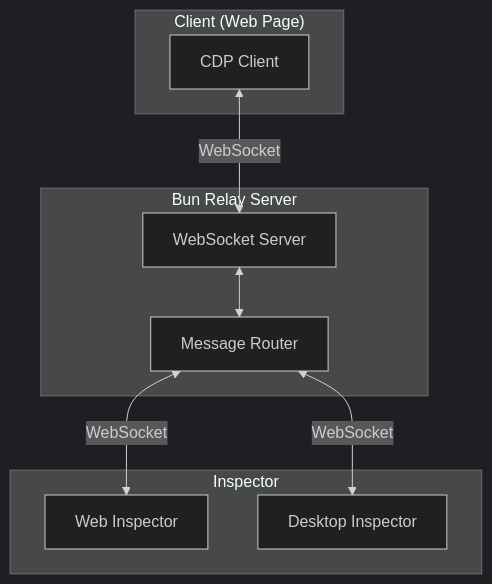
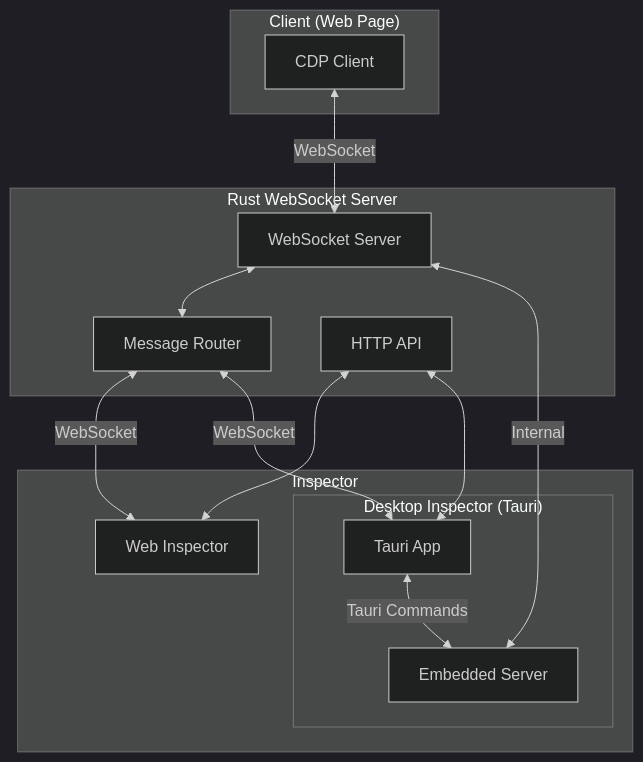
Before and after one commit to ohah/chrome-remote-devtools: the first of 3 diagrams in document/docs/en/architecture/overview.md, drawn with Mermaid (dark theme). The commit also changed other lines of this file and 19 other files, not shown here.

First line of the commit message:
docs(docs): add React Native CDP domains and update architecture documentation

````diff
--- a/document/docs/en/architecture/overview.md
+++ b/document/docs/en/architecture/overview.md
@@ -7,21 +7,29 @@
 ```mermaid
 graph TB
     subgraph Client["Client (Web Page)"]
         C[CDP Client]
     end
 
-    subgraph Server["Bun Relay Server"]
+    subgraph Server["Rust WebSocket Server"]
         WS[WebSocket Server]
         RM[Message Router]
+        HTTP[HTTP API]
     end
 
     subgraph Inspector["Inspector"]
         IW[Web Inspector]
-        ID[Desktop Inspector]
+        subgraph Desktop["Desktop Inspector (Tauri)"]
+            ID[Tauri App]
+            ES[Embedded Server]
+        end
     end
 
     C <-->|WebSocket| WS
     WS <--> RM
     RM <-->|WebSocket| IW
     RM <-->|WebSocket| ID
+    ID <-->|Tauri Commands| ES
+    ES <-->|Internal| WS
+    HTTP <--> IW
+    HTTP <--> ID
 ```
````
